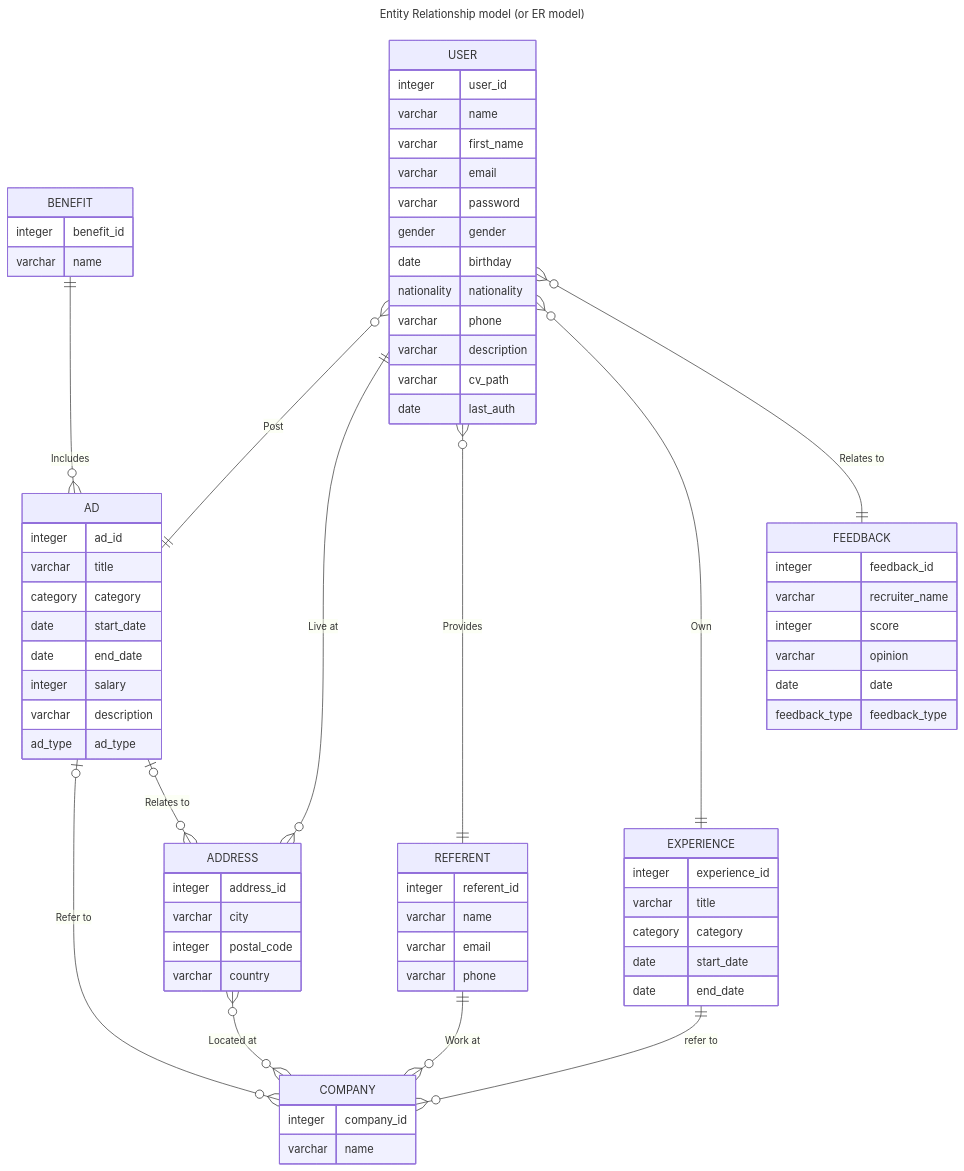
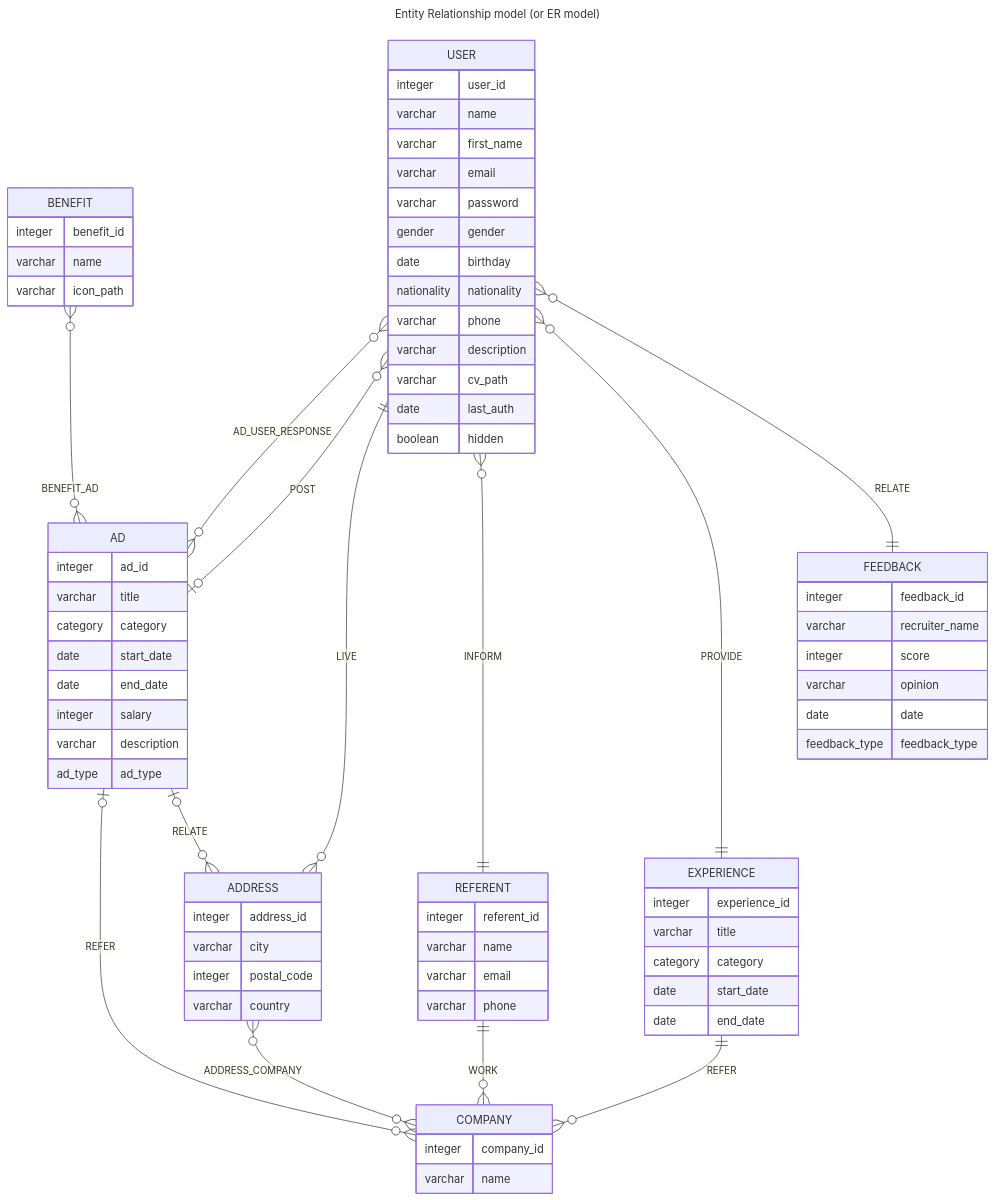
The diagram in Documentation/RDBMS.md (sylvain-pierrot/seasonal-workers), drawn with Mermaid before and after one commit.

Commit message:
Wip/database doc (#6)
* feat(doc): database doc

* chore: update RDBMS doc

* feat(doc): add legend for diagrams RDBMS

* chore(doc): add docupentation about 3NF

* feat(github): add PR template

* feat(doc): add entity association `Is approved` in database

* chore(doc): database change cardinality

* chore(doc): update names associations CDM

* chore: update doc CDM database

---------

````diff
--- a/Documentation/RDBMS.md
+++ b/Documentation/RDBMS.md
@@ -28,76 +28,79 @@
 ```mermaid
 ---
 title: Entity Relationship model (or ER model)
 ---
 erDiagram
     BENEFIT {
         integer benefit_id
         varchar name
+        varchar icon_path
     }
     AD {
         integer ad_id
         varchar title
         category category
         date start_date
         date end_date
         integer salary
         varchar description
         ad_type ad_type
     }
     COMPANY {
         integer company_id
         varchar name
     }
     EXPERIENCE {
         integer experience_id
         varchar title
         category category
         date start_date
         date end_date
     }
     USER {
         integer user_id
         varchar name
         varchar first_name
         varchar email
         varchar password
         gender gender
         date birthday
         nationality nationality
         varchar phone
         varchar description
         varchar cv_path
         date last_auth
+        boolean hidden
     }
     ADDRESS {
         integer address_id
         varchar city
         integer postal_code
         varchar country
     }
     REFERENT {
         integer referent_id
         varchar name
         varchar email
         varchar phone
     }
     FEEDBACK {
         integer feedback_id
         varchar recruiter_name
         integer score
         varchar opinion
         date date
         feedback_type feedback_type
     }
-    BENEFIT ||--o{ AD : "Includes"
-    AD o|--o{ COMPANY : "Refer to"
-    AD o|--o{ ADDRESS : "Relates to"
-    EXPERIENCE ||--o{ COMPANY : "refer to"
-    USER o{--|| AD : "Post"
-    USER ||--o{ ADDRESS : "Live at"
-    USER o{--|| REFERENT : "Provides"
-    USER o{--|| EXPERIENCE : "Own"
-    USER o{--|| FEEDBACK : "Relates to"
-    ADDRESS o{--o{ COMPANY : "Located at"
-    REFERENT ||--o{ COMPANY : "Work at"
+    BENEFIT o{--}o AD : "BENEFIT_AD"
+    AD o|--}o COMPANY : "REFER"
+    AD o|--}o ADDRESS : "RELATE"
+    USER o{--}o AD : "AD_USER_RESPONSE"
+    EXPERIENCE ||--}o COMPANY : "REFER"
+    USER o{--o| AD : "POST"
+    USER ||--}o ADDRESS : "LIVE"
+    USER o{--|| REFERENT : "INFORM"
+    USER o{--|| EXPERIENCE : "PROVIDE"
+    USER o{--|| FEEDBACK : "RELATE"
+    ADDRESS o{--}o COMPANY : "ADDRESS_COMPANY"
+    REFERENT ||--}o COMPANY : "WORK"
 ```
````
